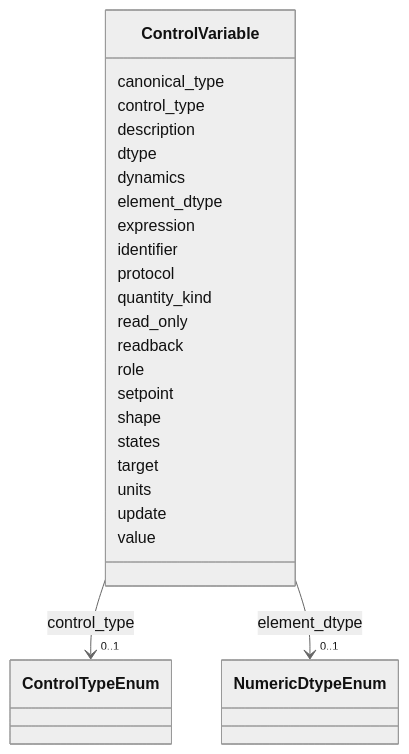
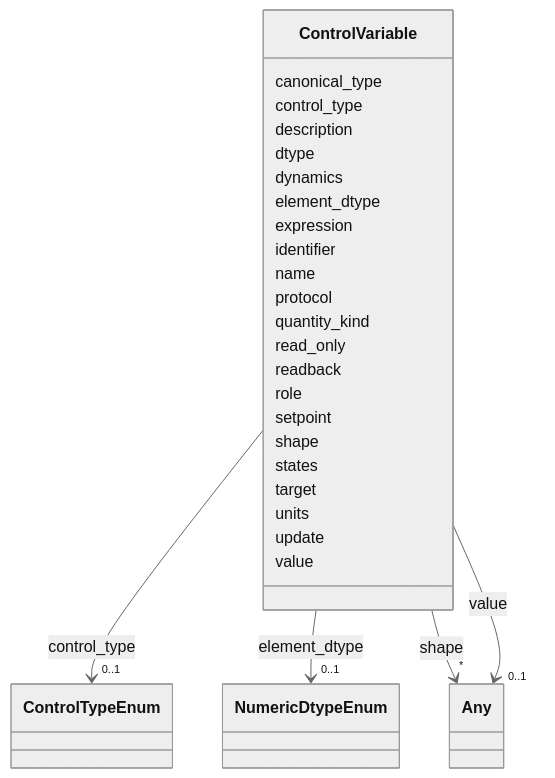
The diagram in docs/source/schema/ControlVariable.md (astec-stfc/laura), drawn with Mermaid (neutral theme) before and after one commit. The commit also changed other lines of this file and 101 other files, not shown here.

Commit message:
add Any type to schema since gen-pydantic can't apply a default and this helps to pass validation to multi-types vars; add inlined to elements/sections/layouts

````diff
--- a/docs/source/schema/ControlVariable.md
+++ b/docs/source/schema/ControlVariable.md
@@ -18,64 +18,84 @@
 ```mermaid
  classDiagram
     class ControlVariable
     click ControlVariable href "../ControlVariable/"
       ControlVariable : canonical_type
         
       ControlVariable : control_type
         
           
     
         
         
         ControlVariable --> "0..1" ControlTypeEnum : control_type
         click ControlTypeEnum href "../ControlTypeEnum/"
     
 
         
       ControlVariable : description
         
       ControlVariable : dtype
         
       ControlVariable : dynamics
         
       ControlVariable : element_dtype
         
           
     
         
         
         ControlVariable --> "0..1" NumericDtypeEnum : element_dtype
         click NumericDtypeEnum href "../NumericDtypeEnum/"
     
 
         
       ControlVariable : expression
         
       ControlVariable : identifier
         
+      ControlVariable : name
+        
       ControlVariable : protocol
         
       ControlVariable : quantity_kind
         
       ControlVariable : read_only
         
       ControlVariable : readback
         
       ControlVariable : role
         
       ControlVariable : setpoint
         
       ControlVariable : shape
         
+          
+    
+        
+        
+        ControlVariable --> "*" Any : shape
+        click Any href "../Any/"
+    
+
+        
       ControlVariable : states
         
       ControlVariable : target
         
       ControlVariable : units
         
       ControlVariable : update
         
       ControlVariable : value
         
+          
+    
+        
+        
+        ControlVariable --> "0..1" Any : value
+        click Any href "../Any/"
+    
+
+        
       
 ```
````
